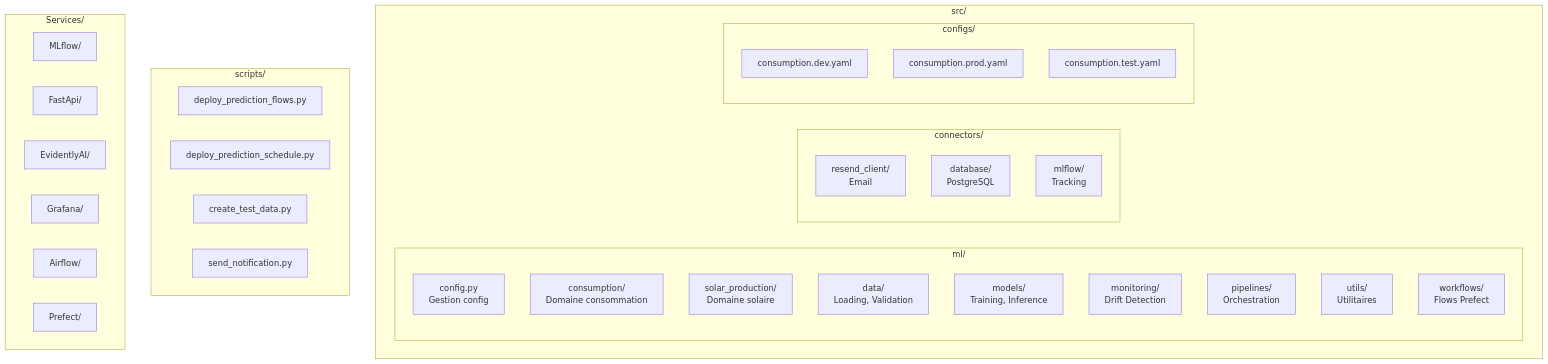
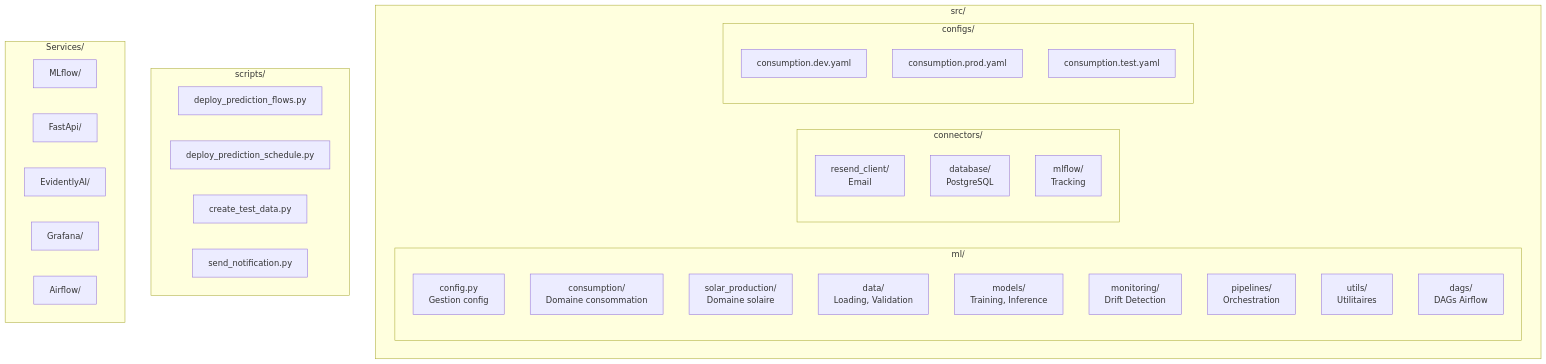
One commit to jinsudai/jinsudai changed diagram 17 of 21 in docs/ARCHITECTURE_MLOPS.md. Above: the diagram before and after it, drawn with Mermaid. The commit also changed other lines of this file and 12 other files, not shown here.

````diff
--- a/docs/ARCHITECTURE_MLOPS.md
+++ b/docs/ARCHITECTURE_MLOPS.md
@@ -541,46 +534,45 @@
 ```mermaid
 graph TB
 
     subgraph "src/"
         subgraph "ml/"
             M1[config.py<br/>Gestion config]
             M2[consumption/<br/>Domaine consommation]
             M3[solar_production/<br/>Domaine solaire]
             M4[data/<br/>Loading, Validation]
             M5[models/<br/>Training, Inference]
             M6[monitoring/<br/>Drift Detection]
             M7[pipelines/<br/>Orchestration]
             M8[utils/<br/>Utilitaires]
-            M9[workflows/<br/>Flows Prefect]
+            M9[dags/<br/>DAGs Airflow]
         end
 
         subgraph "connectors/"
             C1[resend_client/<br/>Email]
             C2[database/<br/>PostgreSQL]
             C3[mlflow/<br/>Tracking]
         end
 
         subgraph "configs/"
             CFG1[consumption.dev.yaml]
             CFG2[consumption.prod.yaml]
             CFG3[consumption.test.yaml]
         end
     end
 
     subgraph "scripts/"
         S1[deploy_prediction_flows.py]
         S2[deploy_prediction_schedule.py]
         S3[create_test_data.py]
         S4[send_notification.py]
     end
 
     subgraph "Services/"
         SVC1[MLflow/]
         SVC2[FastApi/]
         SVC3[EvidentlyAI/]
         SVC4[Grafana/]
         SVC5[Airflow/]
-        SVC6[Prefect/]
     end
 
 ```
````
